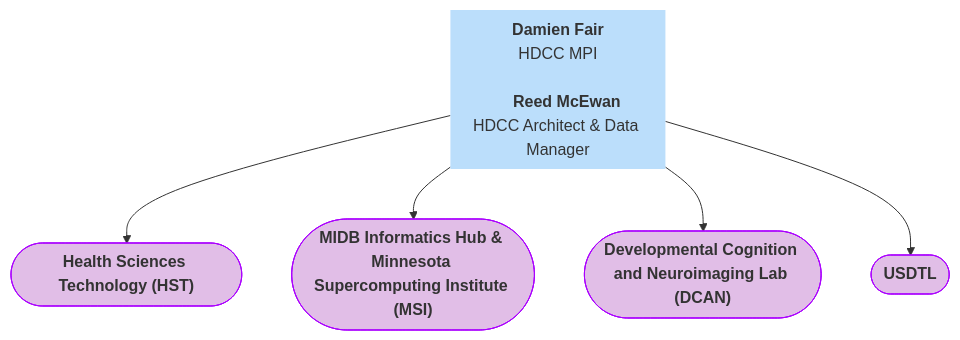
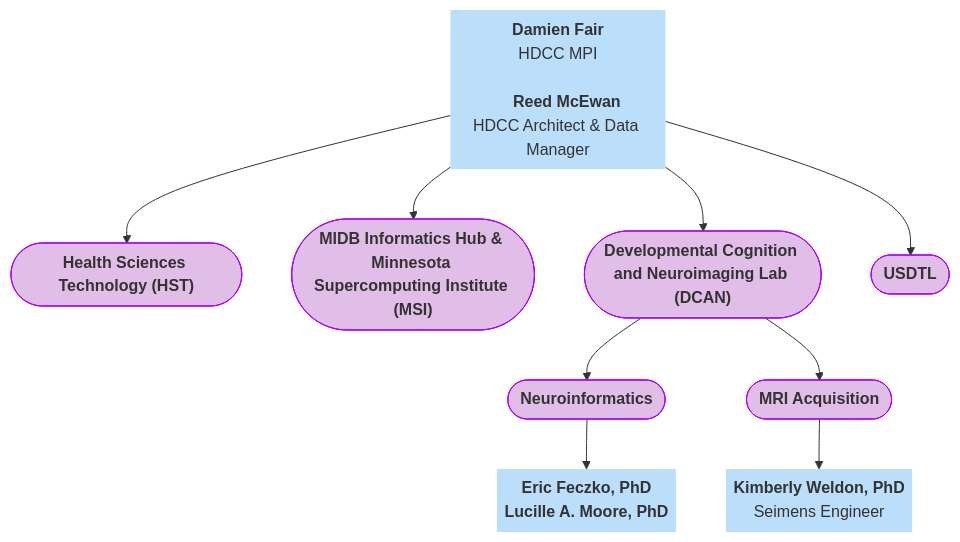
The fourth of 4 diagrams in docs/orgcharts.md (DCAN-Labs/hbcd-docs-internal), drawn with Mermaid before and after one commit.

Commit message:
add DCAN to UMN chart overview

````diff
--- a/docs/orgcharts.md
+++ b/docs/orgcharts.md
@@ -346,18 +346,26 @@
 ```mermaid
 ---
 config:
   layout: dagre
 ---
 flowchart TB
     A1["<b>Damien Fair</b><br>HDCC MPI<br>
     <b>Reed McEwan</b><br>HDCC Architect &amp; Data Manager"] --> HST(["<b>Health Sciences Technology (HST)</b><br>"]) & MIDB(["<b>MIDB Informatics Hub &amp; Minnesota Supercomputing Institute (MSI)</b><br>"]) & DCAN(["<b>Developmental Cognition and Neuroimaging Lab (DCAN)</b>"]) & USDTL(["<b>USDTL</b>"])
+    DCAN --> n1(["<b>Neuroinformatics</b>"]) & n2(["<b>MRI Acquisition</b>"])
+    n1 --> n3@{ label: "<b><span style=\"--tw-scale-x:\">Eric Feczko, PhD</span><br style=\"--tw-scale-x:\"></b><span style=\"--tw-scale-x:\"><b>Lucille A. Moore, PhD</b></span><br>" }
+    n2 --> n4@{ label: "<b>Kimberly Weldon, PhD<br></b><span style=\"background-color:\">Seimens Engineer</span>" }
     A1@{ shape: text}
+    n3@{ shape: text}
+    n4@{ shape: text}
     style A1 fill:#BBDEFB
     style HST fill:#E1BEE7,stroke:#AA00FF
     style MIDB fill:#E1BEE7,stroke:#AA00FF
     style DCAN fill:#E1BEE7,stroke:#AA00FF
     style USDTL fill:#E1BEE7,stroke:#AA00FF
+    style n1 fill:#E1BEE7,stroke:#AA00FF
+    style n2 fill:#E1BEE7,stroke:#AA00FF
+    style n3 fill:#BBDEFB
+    style n4 fill:#BBDEFB
     click HST "#health-sciences-technology-hst"
     click MIDB "#masonic-institute-for-the-developing-brain-midb-informatics-hub"
-    click DCAN "#dcan-lab"
 ```
````
